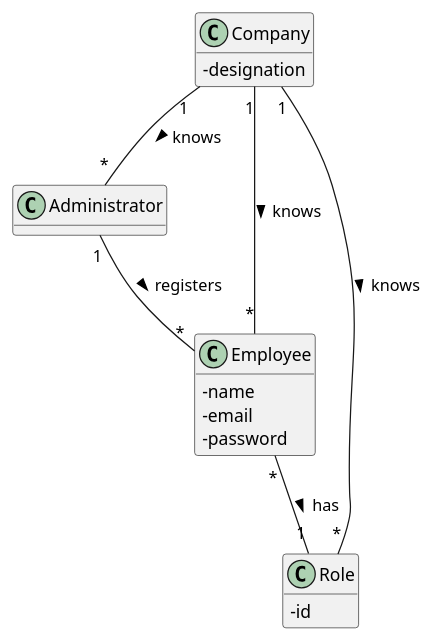
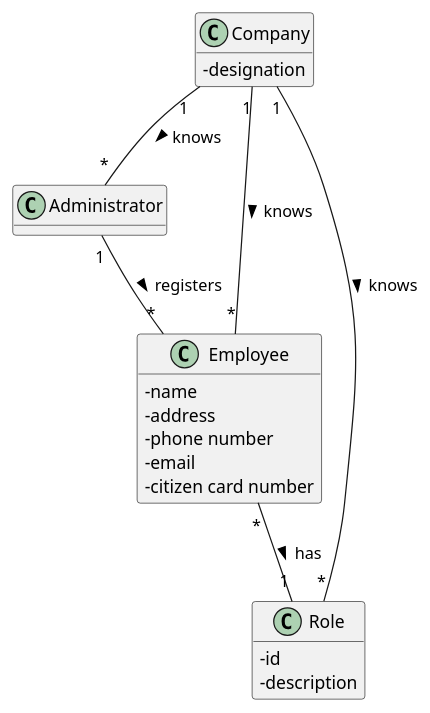
The diagram in docs/SprintB/US10/DM/US10_DM.puml (miseEnPlace-i/lapr2), drawn with PlantUML before and after one commit.

Commit message:
docs(us-10): updated dm

```diff
--- a/docs/SprintB/US10/DM/US10_DM.puml
+++ b/docs/SprintB/US10/DM/US10_DM.puml
@@ -1,28 +1,31 @@
 @startuml US10_DM
 hide methods
 skinparam classAttributeIconSize 0
 
 class Company {
   -designation
 }
 
 class Administrator {
 }
 
 class Role {
   -id
+  -description
 }
 
 class Employee {
   -name
+  -address
+  -phone number
   -email
-  -password
+  -citizen card number
 }
 
 Company "1" -- "*" Administrator : knows >
 Company "1" -- "*" Role : knows >
 Company "1" -- "*" Employee : knows >
 Administrator "1" -- "*" Employee : registers >
 Employee "*" -- "1" Role : has >
 
 @enduml
```
